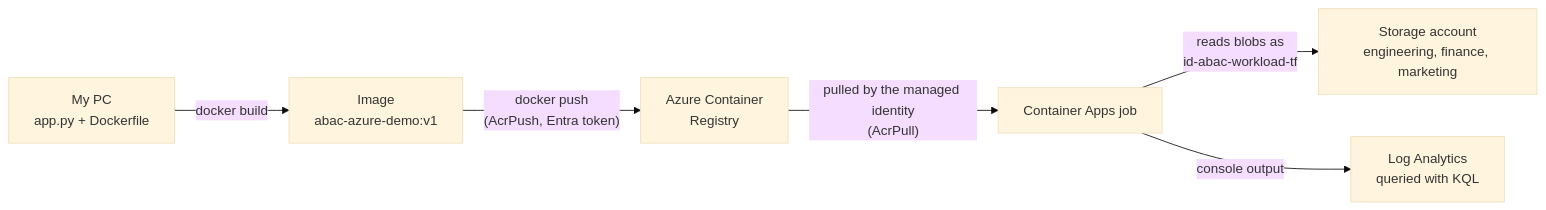
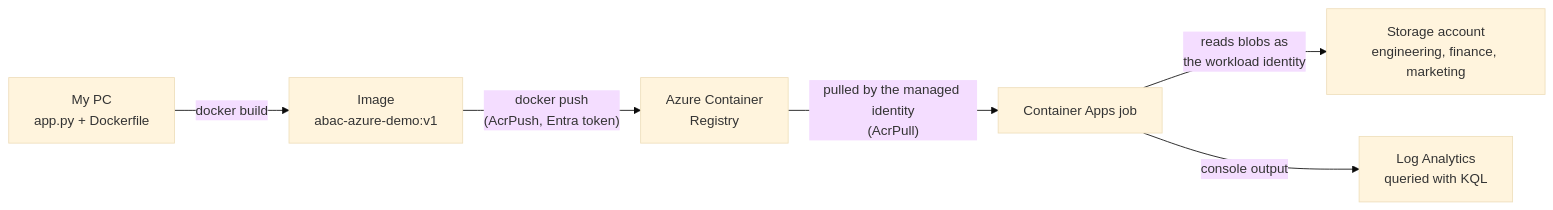
One commit to alexjwills/abac-azure-container-apps changed the first of 2 diagrams in README.md. Above: the diagram before and after it, drawn with Mermaid (base theme). The commit also changed other lines of this file, not shown here.

````diff
--- a/README.md
+++ b/README.md
@@ -24,8 +26,8 @@
 ```mermaid
 flowchart LR
     pc["My PC<br/>app.py + Dockerfile"] -->|docker build| img["Image<br/>abac-azure-demo:v1"]
     img -->|"docker push<br/>(AcrPush, Entra token)"| acr["Azure Container<br/>Registry"]
     acr -->|"pulled by the managed identity<br/>(AcrPull)"| job["Container Apps job"]
-    job -->|"reads blobs as<br/>id-abac-workload-tf"| st["Storage account<br/>engineering, finance, marketing"]
+    job -->|"reads blobs as<br/>the workload identity"| st["Storage account<br/>engineering, finance, marketing"]
     job -->|console output| law["Log Analytics<br/>queried with KQL"]
 ```
````
